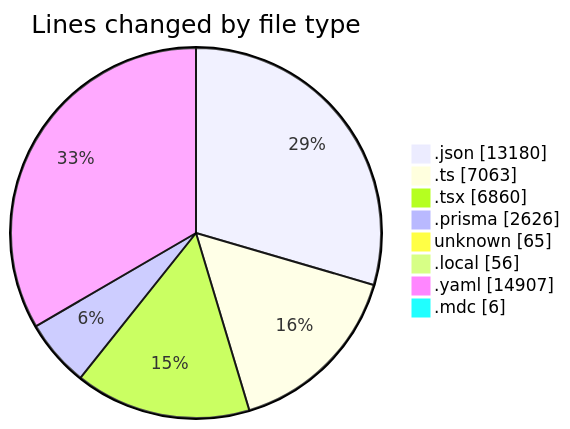
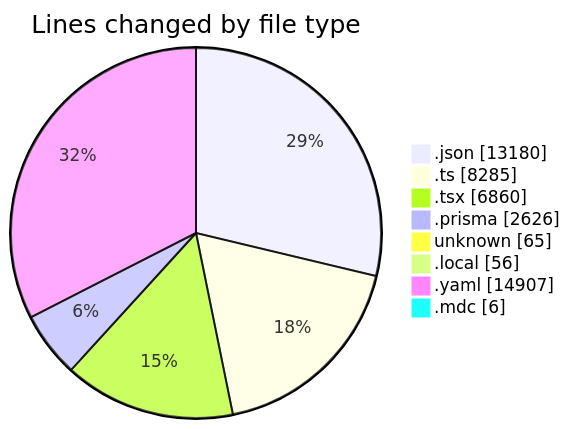
One commit to CELIANVF/code-tracking changed the first of 2 diagrams in 2025-05-15/ecodeli-1/README.md. Above: the diagram before and after it, drawn with Mermaid. The commit also changed other lines of this file and 1 other file, not shown here.

````diff
--- a/2025-05-15/ecodeli-1/README.md
+++ b/2025-05-15/ecodeli-1/README.md
@@ -64,12 +65,12 @@
 ```mermaid
 pie showData
 title Lines changed by file type
 ".json" : 13180
-".ts" : 7063
+".ts" : 8285
 ".tsx" : 6860
 ".prisma" : 2626
 "unknown" : 65
 ".local" : 56
 ".yaml" : 14907
 ".mdc" : 6
 ```
````
